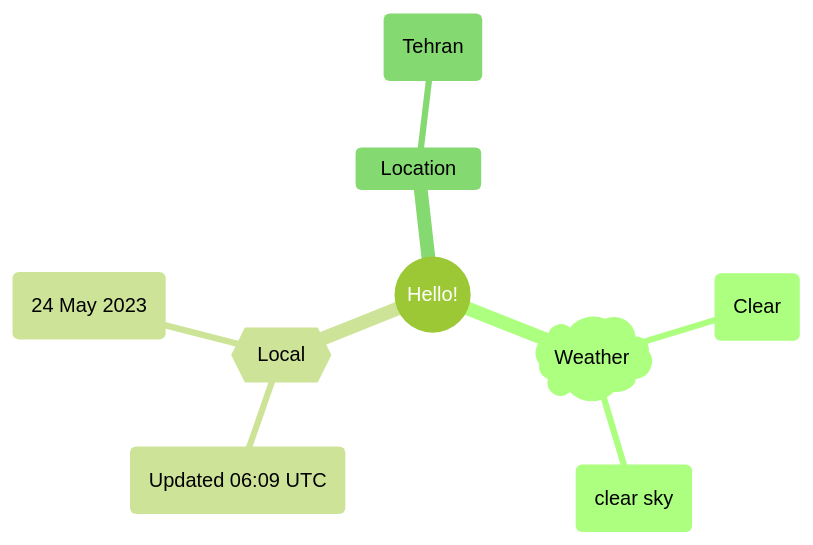
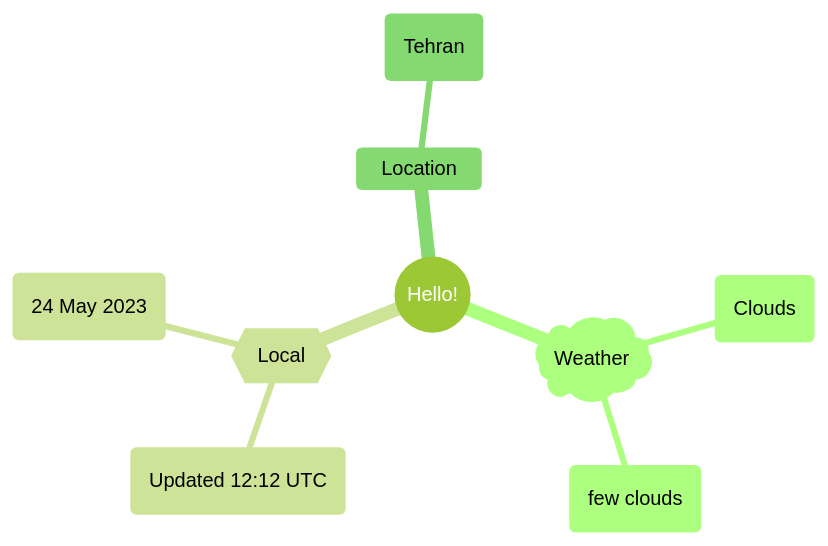
The first of 2 diagrams in README.md (Xosrov/Xosrov), drawn with Mermaid (forest theme) before and after one commit.

Commit message:
[bot] updated images

````diff
--- a/README.md
+++ b/README.md
@@ -3,12 +3,12 @@
 ```mermaid
 mindmap
   root((Hello!))
     )Weather(
-        (Clear)
-        (clear sky)
+        (Clouds)
+        (few clouds)
     {{Local}}
-        (Updated 06:09 UTC)
+        (Updated 12:12 UTC)
         (24 May 2023)
     Location
         (Tehran)
 ```
````
